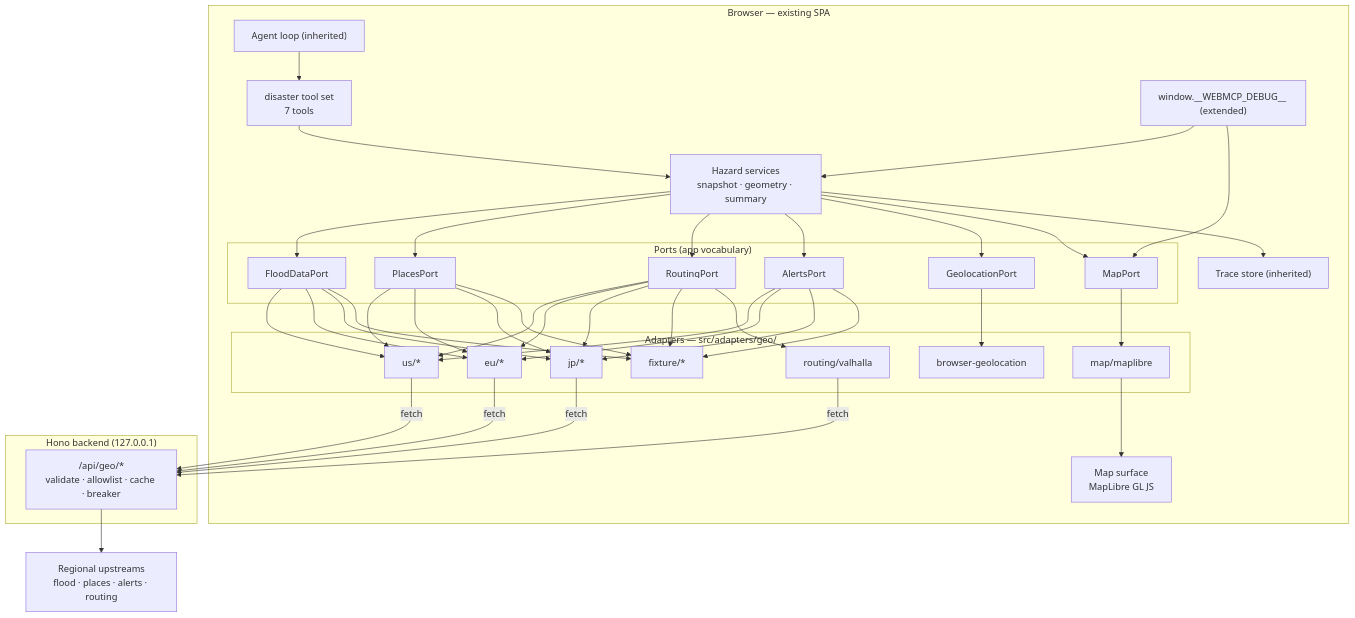
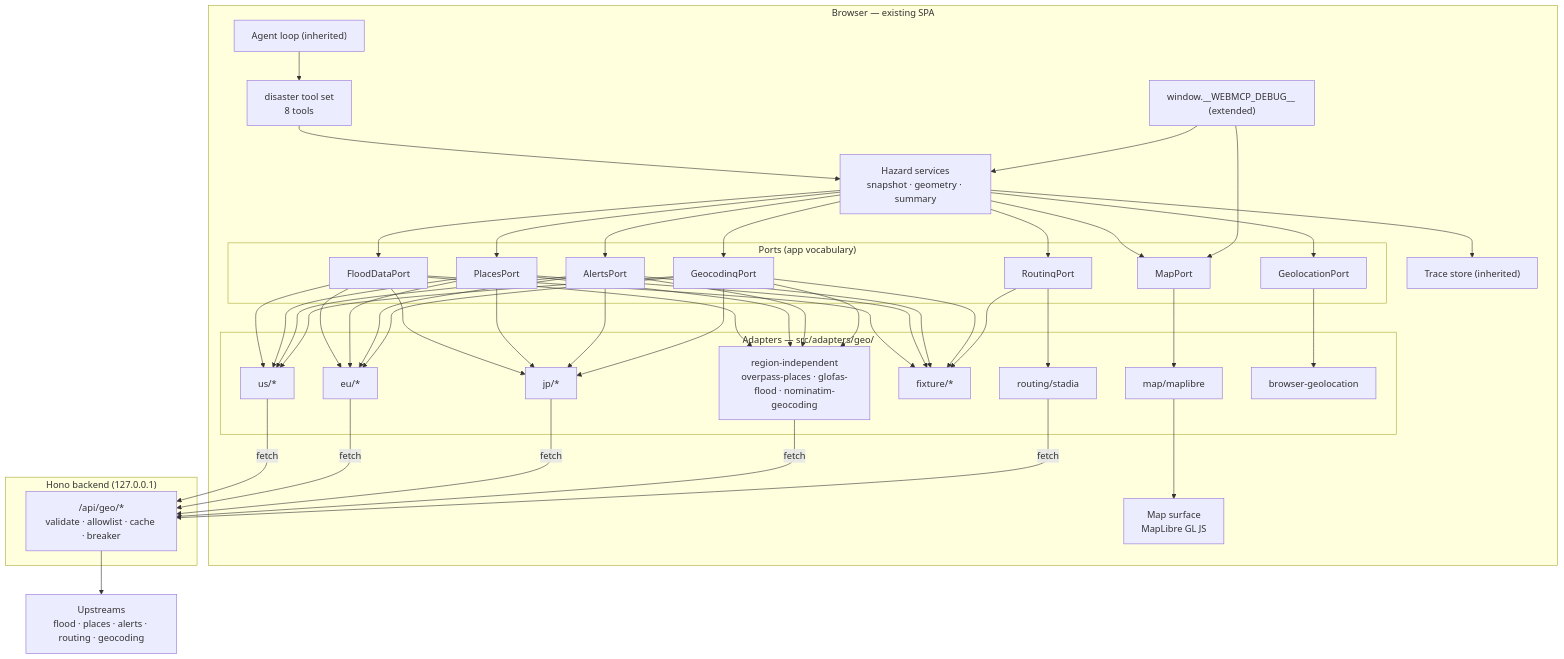
The first of 2 diagrams in docs/specs/disaster-safety/design.md (BectorVoom/webmcp-playground), drawn with Mermaid before and after one commit. The commit also changed other lines of this file and 286 other files, not shown here.

First line of the commit message:
Add physical flood model, European forecast, and place-name geocoding

````diff
--- a/docs/specs/disaster-safety/design.md
+++ b/docs/specs/disaster-safety/design.md
@@ -38,45 +38,47 @@
 ```mermaid
 flowchart TB
     subgraph browser["Browser — existing SPA"]
         loop["Agent loop (inherited)"]
-        set["disaster tool set<br/>7 tools"]
+        set["disaster tool set<br/>8 tools"]
         svc["Hazard services<br/>snapshot · geometry · summary"]
         map["Map surface<br/>MapLibre GL JS"]
         subgraph geoports["Ports (app vocabulary)"]
             fp["FloodDataPort"]
             pp["PlacesPort"]
             rp["RoutingPort"]
             ap["AlertsPort"]
+            cp["GeocodingPort"]
             gp["GeolocationPort"]
             mp["MapPort"]
         end
         subgraph geoadapters["Adapters — src/adapters/geo/"]
             us["us/*"]
             eu["eu/*"]
             jp["jp/*"]
+            sh["region-independent<br/>overpass-places · glofas-flood · nominatim-geocoding"]
             fx["fixture/*"]
-            val["routing/valhalla"]
+            val["routing/stadia"]
             ml["map/maplibre"]
             br["browser-geolocation"]
         end
         trace["Trace store (inherited)"]
         dbg["window.__WEBMCP_DEBUG__ (extended)"]
     end
 
     subgraph server["Hono backend (127.0.0.1)"]
         proxy["/api/geo/*<br/>validate · allowlist · cache · breaker"]
     end
 
-    upstreams["Regional upstreams<br/>flood · places · alerts · routing"]
+    upstreams["Upstreams<br/>flood · places · alerts · routing · geocoding"]
 
     loop --> set --> svc
-    svc --> fp & pp & rp & ap & gp
+    svc --> fp & pp & rp & ap & cp & gp
     svc --> mp --> ml --> map
-    fp & pp & rp & ap --> us & eu & jp & fx
-    rp --> val
+    fp & pp & ap & cp --> us & eu & jp & sh & fx
+    rp --> val & fx
     gp --> br
-    us & eu & jp & val -->|fetch| proxy --> upstreams
+    us & eu & jp & sh & val -->|fetch| proxy --> upstreams
     svc --> trace
     dbg --> svc
     dbg --> mp
 ```
````
